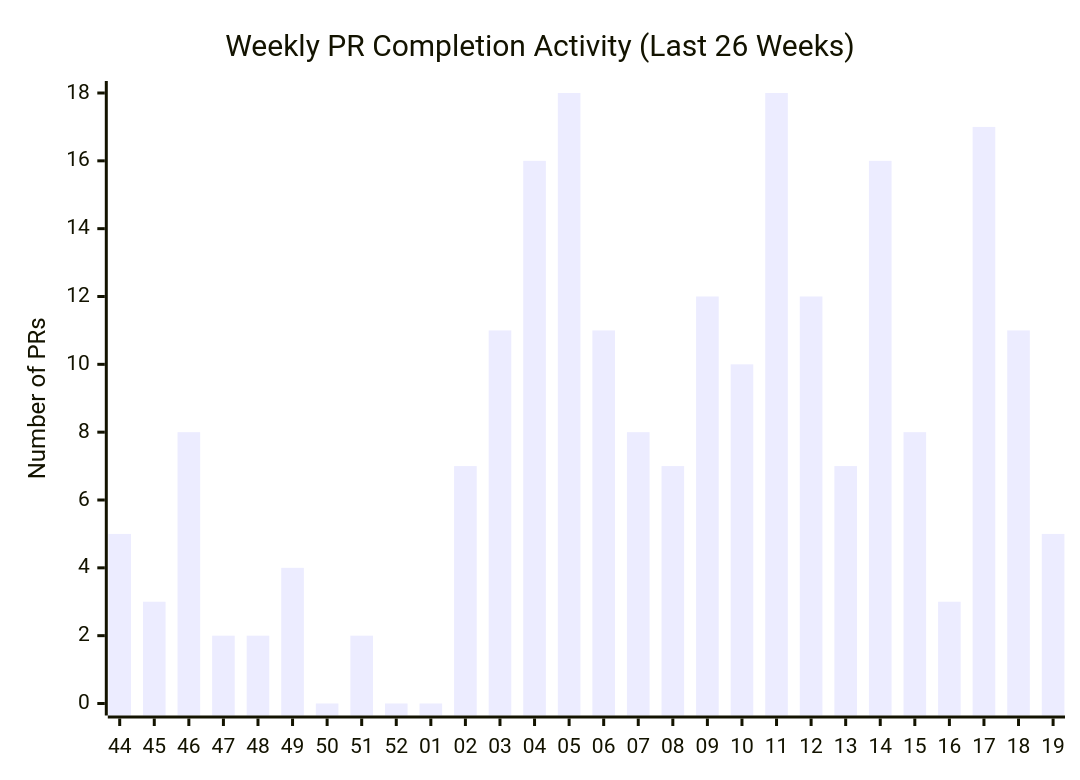
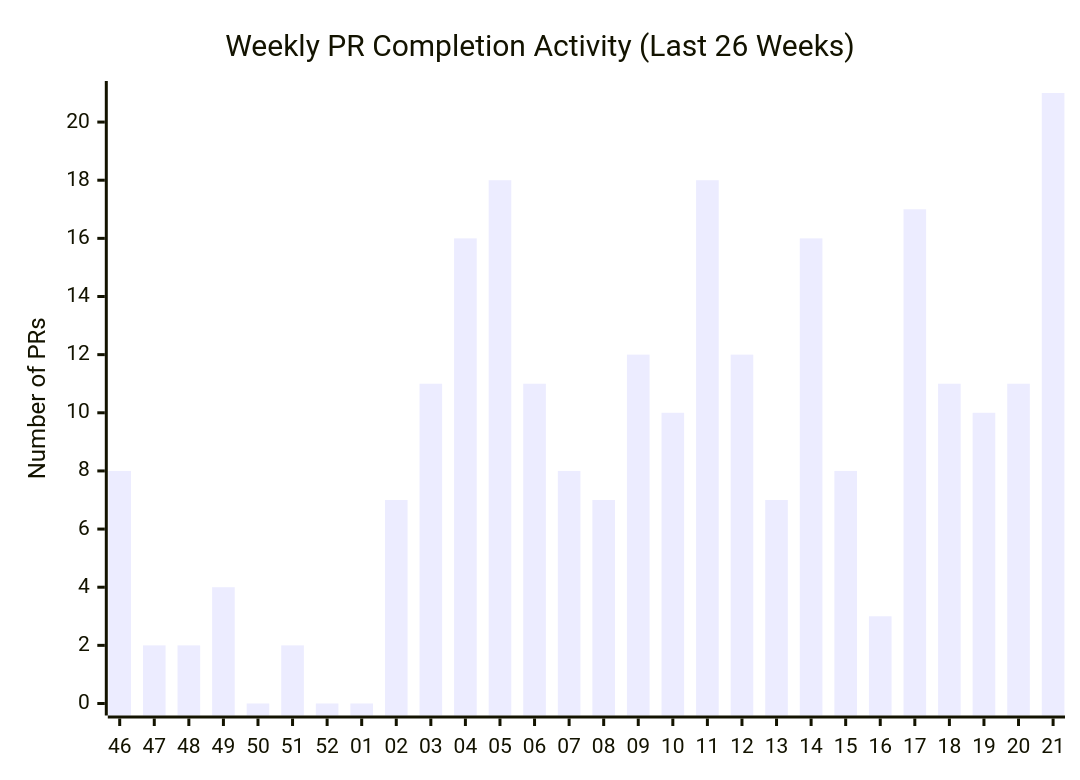
One commit to microsoft/edge-ai changed the second of 11 diagrams in docs/contributions.md. Above: the diagram before and after it, drawn with Mermaid. The commit also changed other lines of this file and 2 other files, not shown here.

````diff
--- a/docs/contributions.md
+++ b/docs/contributions.md
@@ -43,8 +43,8 @@
 ``` mermaid
 
 xychart-beta
     title "Weekly PR Completion Activity (Last 26 Weeks)"
-    x-axis ["44", "45", "46", "47", "48", "49", "50", "51", "52", "01", "02", "03", "04", "05", "06", "07", "08", "09", "10", "11", "12", "13", "14", "15", "16", "17", "18", "19"]
+    x-axis ["46", "47", "48", "49", "50", "51", "52", "01", "02", "03", "04", "05", "06", "07", "08", "09", "10", "11", "12", "13", "14", "15", "16", "17", "18", "19", "20", "21"]
     y-axis "Number of PRs"
-    bar [5, 3, 8, 2, 2, 4, 0, 2, 0, 0, 7, 11, 16, 18, 11, 8, 7, 12, 10, 18, 12, 7, 16, 8, 3, 17, 11, 5]
+    bar [8, 2, 2, 4, 0, 2, 0, 0, 7, 11, 16, 18, 11, 8, 7, 12, 10, 18, 12, 7, 16, 8, 3, 17, 11, 10, 11, 21]
 ```
````
